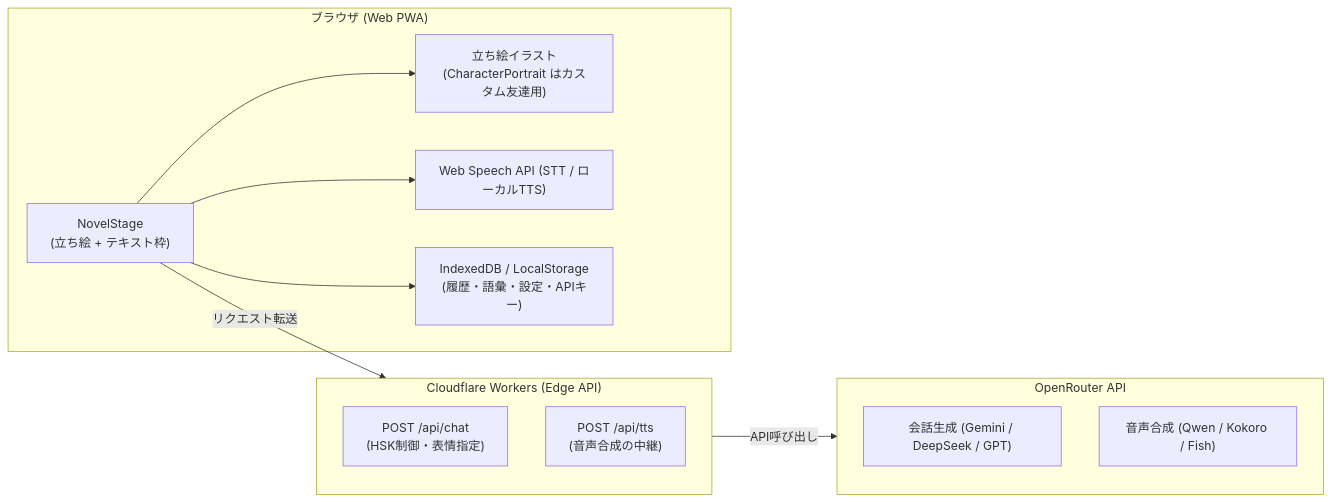
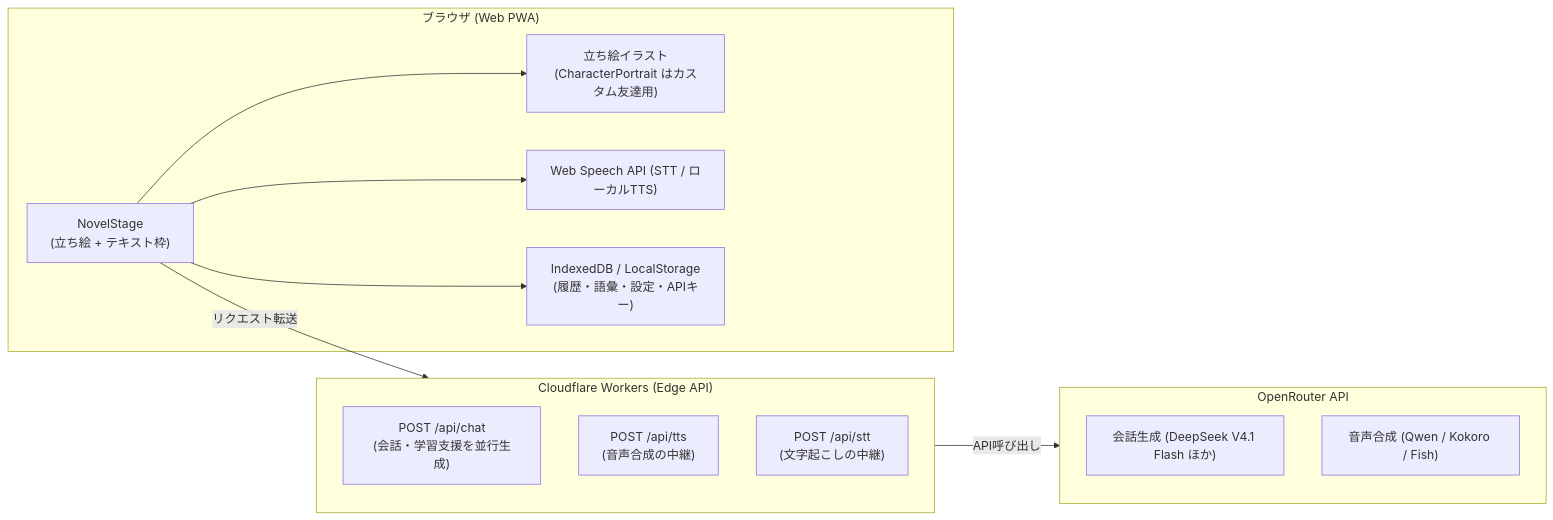
The diagram in README.md (Satoshi-Hiramatsu/try-chinese), drawn with Mermaid before and after one commit. The commit also changed other lines of this file and 1 other file, not shown here.

````diff
--- a/README.md
+++ b/README.md
@@ -263,25 +275,26 @@
 ```mermaid
 flowchart LR
     subgraph Client["ブラウザ (Web PWA)"]
         Stage["NovelStage<br>(立ち絵 + テキスト枠)"]
         Portrait["立ち絵イラスト<br>(CharacterPortrait はカスタム友達用)"]
         Speech["Web Speech API (STT / ローカルTTS)"]
         Storage["IndexedDB / LocalStorage<br>(履歴・語彙・設定・APIキー)"]
     end
 
     subgraph Server["Cloudflare Workers (Edge API)"]
-        ChatRoute["POST /api/chat<br>(HSK制御・表情指定)"]
+        ChatRoute["POST /api/chat<br>(会話・学習支援を並行生成)"]
         TtsRoute["POST /api/tts<br>(音声合成の中継)"]
+        SttRoute["POST /api/stt<br>(文字起こしの中継)"]
     end
 
     subgraph AI["OpenRouter API"]
-        LLM["会話生成 (Gemini / DeepSeek / GPT)"]
+        LLM["会話生成 (DeepSeek V4.1 Flash ほか)"]
         TTS["音声合成 (Qwen / Kokoro / Fish)"]
     end
 
     Stage --> Portrait
     Stage --> Storage
     Stage --> Speech
     Stage -->|リクエスト転送| Server
     Server -->|API呼び出し| AI
 ```
````
